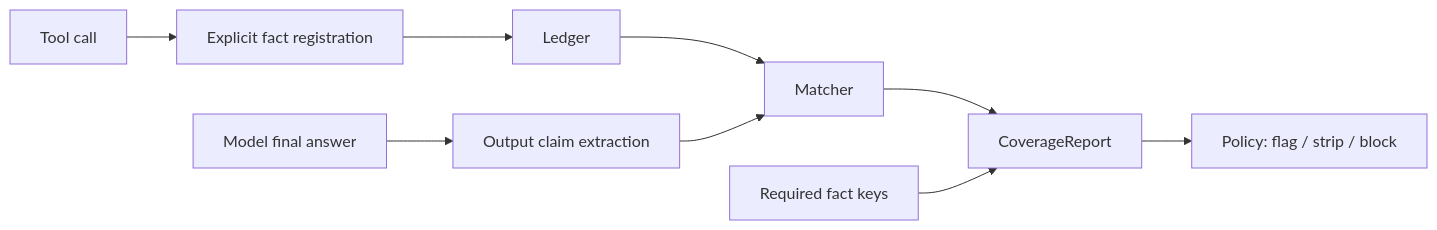
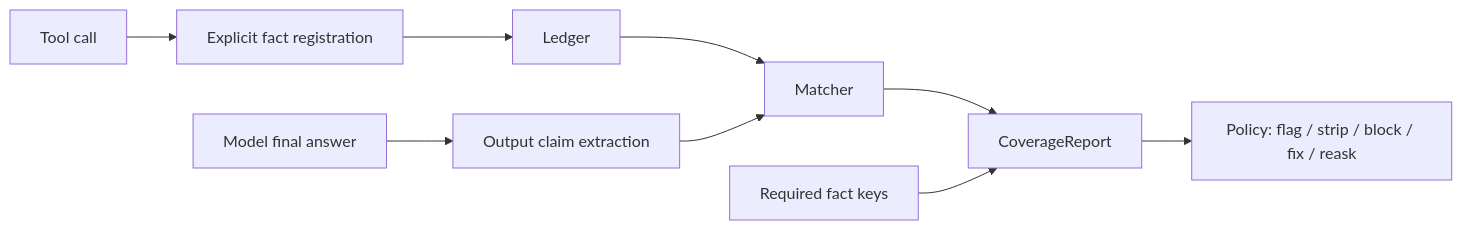
The diagram in README.md (chasen2041maker/AgentOps-Lite), drawn with Mermaid before and after one commit. The commit also changed other lines of this file and 25 other files, not shown here.

````diff
--- a/README.md
+++ b/README.md
@@ -189,11 +198,11 @@
 ```mermaid
 flowchart LR
     A["Tool call"] --> B["Explicit fact registration"]
     B --> C["Ledger"]
     D["Model final answer"] --> E["Output claim extraction"]
     C --> F["Matcher"]
     E --> F
     F --> G["CoverageReport"]
     H["Required fact keys"] --> G
-    G --> I["Policy: flag / strip / block"]
+    G --> I["Policy: flag / strip / block / fix / reask"]
 ```
````
